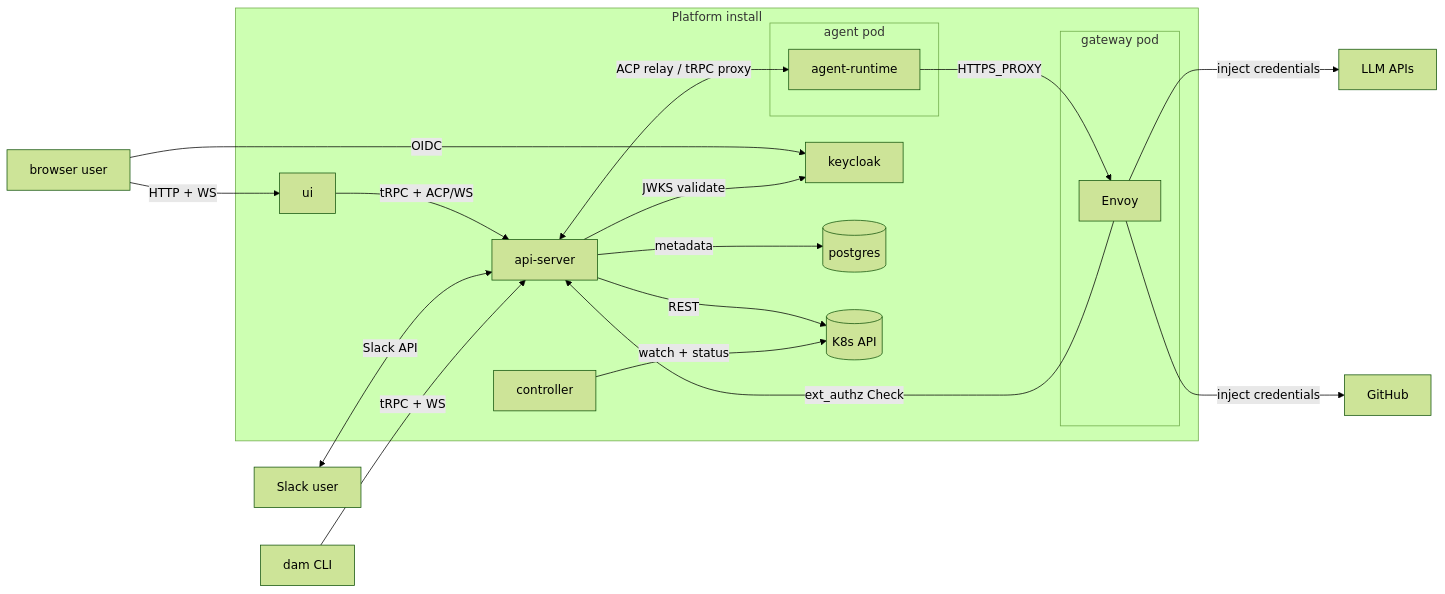
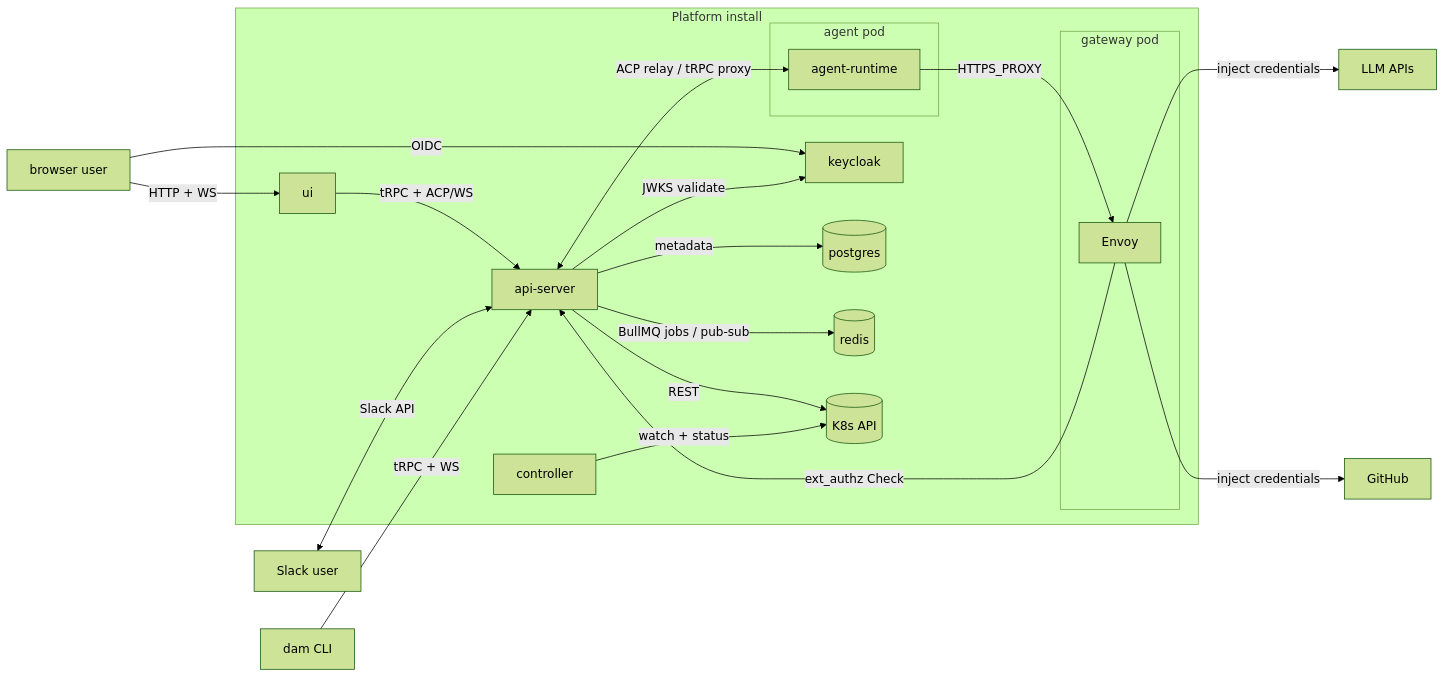
The diagram in docs/architecture.md (subbyte/dam), drawn with Mermaid (forest theme) before and after one commit. The commit also changed 6 other files, not shown here.

First line of the commit message:
docs(architecture): fix drift from full-codebase audit (#917)

````diff
--- a/docs/architecture.md
+++ b/docs/architecture.md
@@ -7,43 +7,45 @@
 ```mermaid
 flowchart LR
   user[browser user]
   slack-user[Slack user]
   cli[dam CLI]
   llm[LLM APIs]
   github[GitHub]
 
   subgraph cluster[Platform install]
     ui[ui]
     api-server[api-server]
     controller[controller]
     keycloak[keycloak]
     postgres[(postgres)]
+    redis[(redis)]
     k8s-api[(K8s API)]
     subgraph agentpod[agent pod]
       agent-runtime
     end
     subgraph gatewaypod[gateway pod]
       envoy[Envoy]
     end
   end
 
   user -->|HTTP + WS| ui
   ui -->|tRPC + ACP/WS| api-server
   user -->|OIDC| keycloak
 
   slack-user <-->|Slack API| api-server
 
   cli -->|tRPC + WS| api-server
 
   api-server <-->|ACP relay / tRPC proxy| agent-runtime
   api-server -->|REST| k8s-api
   api-server -->|JWKS validate| keycloak
   api-server -->|metadata| postgres
+  api-server -->|BullMQ jobs / pub-sub| redis
 
   controller -->|watch + status| k8s-api
 
   agent-runtime -->|HTTPS_PROXY| envoy
   envoy -->|ext_authz Check| api-server
   envoy -->|inject credentials| llm
   envoy -->|inject credentials| github
 ```
````
